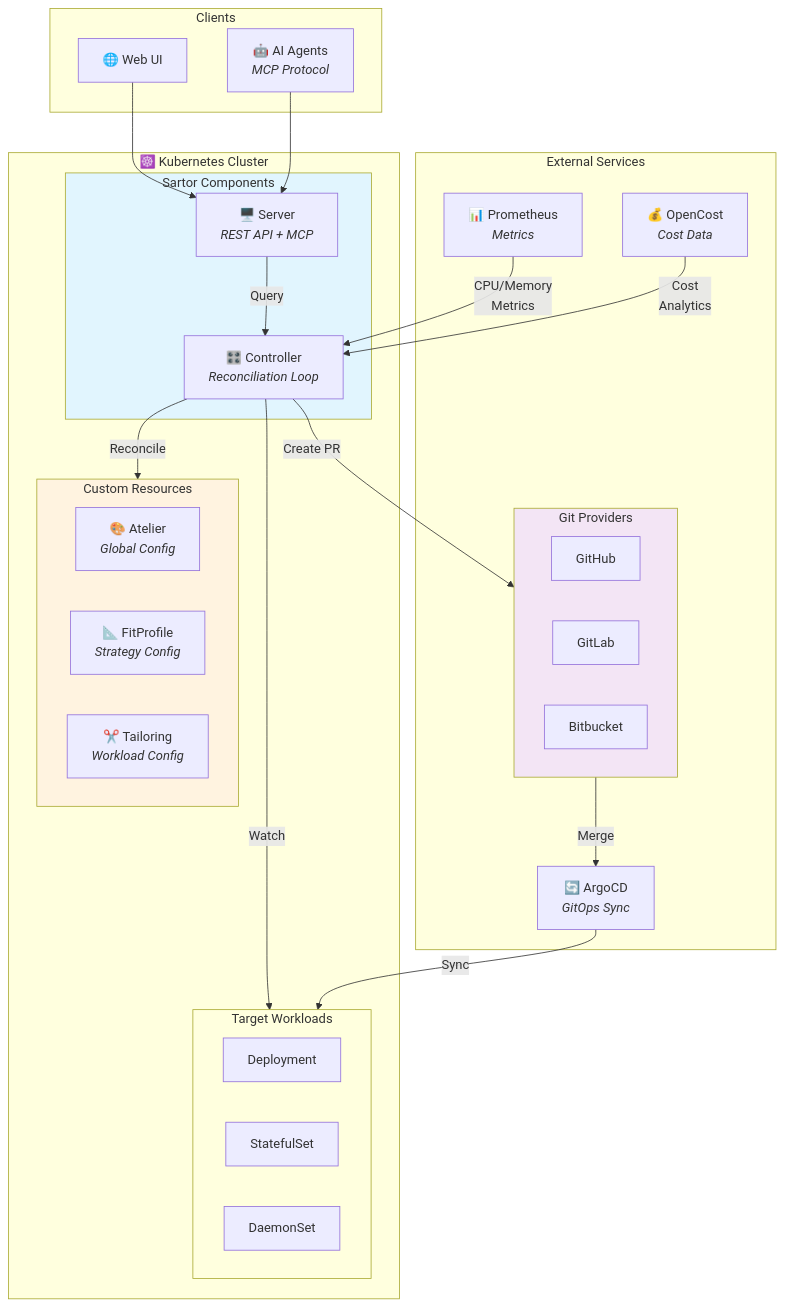
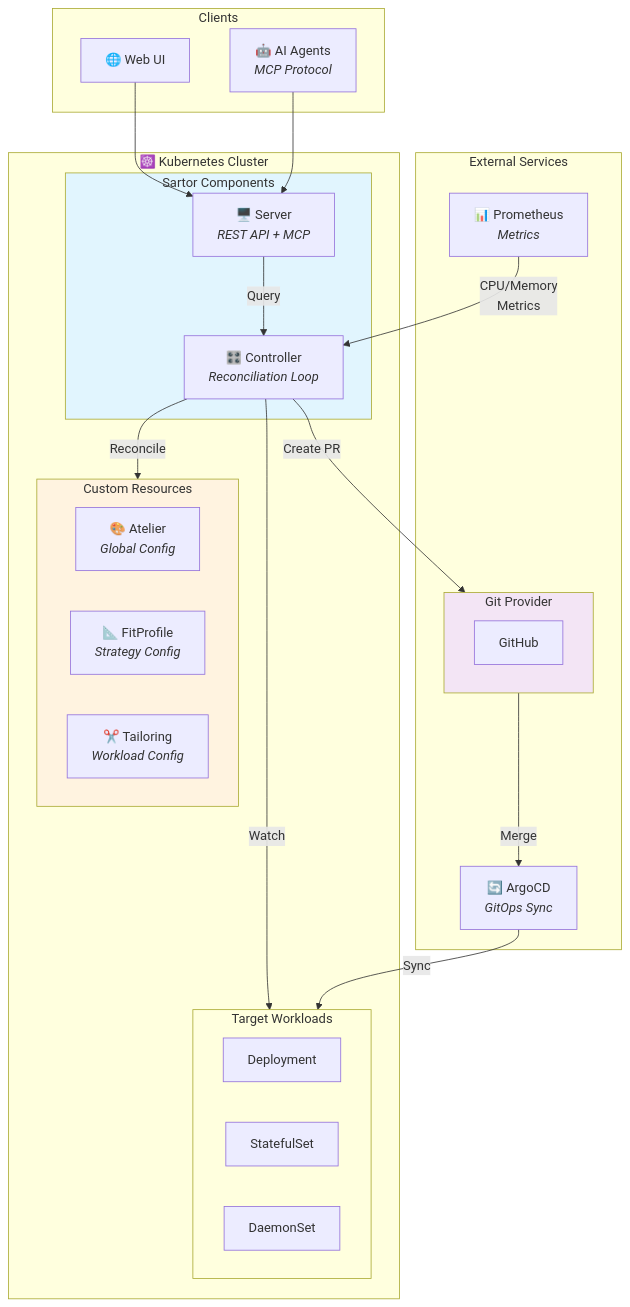
Before and after one commit to sartorproj/sartor: the diagram in README.md, drawn with Mermaid. The commit also changed other lines of this file and 9 other files, not shown here.

````diff
--- a/README.md
+++ b/README.md
@@ -124,60 +227,56 @@
 ```mermaid
 flowchart TB
     subgraph Kubernetes["☸️ Kubernetes Cluster"]
         subgraph CRDs["Custom Resources"]
             Atelier["🎨 Atelier<br/><i>Global Config</i>"]
             FitProfile["📐 FitProfile<br/><i>Strategy Config</i>"]
             Tailoring["✂️ Tailoring<br/><i>Workload Config</i>"]
         end
 
         subgraph Workloads["Target Workloads"]
             Deploy["Deployment"]
             STS["StatefulSet"]
             DS["DaemonSet"]
         end
 
         subgraph Sartor["Sartor Components"]
             Controller["🎛️ Controller<br/><i>Reconciliation Loop</i>"]
             Server["🖥️ Server<br/><i>REST API + MCP</i>"]
         end
     end
 
     subgraph External["External Services"]
         Prometheus["📊 Prometheus<br/><i>Metrics</i>"]
-        OpenCost["💰 OpenCost<br/><i>Cost Data</i>"]
-
-        subgraph Git["Git Providers"]
+    
+        subgraph Git["Git Provider"]
             GitHub["GitHub"]
-            GitLab["GitLab"]
-            Bitbucket["Bitbucket"]
         end
 
         ArgoCD["🔄 ArgoCD<br/><i>GitOps Sync</i>"]
     end
 
     subgraph Clients["Clients"]
         UI["🌐 Web UI"]
         AI["🤖 AI Agents<br/><i>MCP Protocol</i>"]
     end
 
     %% Data Flow
     Prometheus -->|"CPU/Memory<br/>Metrics"| Controller
-    OpenCost -->|"Cost<br/>Analytics"| Controller
     Controller -->|"Watch"| Workloads
     Controller -->|"Reconcile"| CRDs
 
     %% GitOps Flow
     Controller -->|"Create PR"| Git
     Git -->|"Merge"| ArgoCD
     ArgoCD -->|"Sync"| Workloads
 
     %% API Flow
     Server -->|"Query"| Controller
     UI --> Server
     AI --> Server
 
     %% Styling
     style Sartor fill:#e1f5fe
     style CRDs fill:#fff3e0
     style Git fill:#f3e5f5
 ```
````
